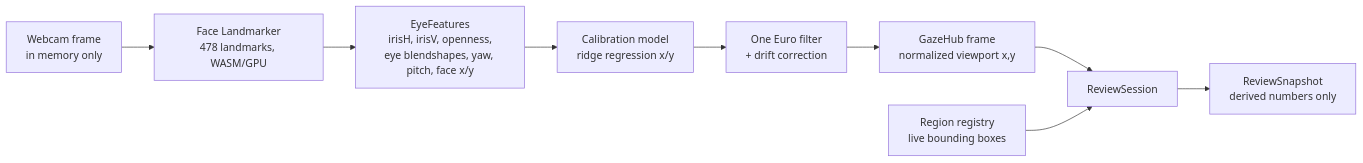
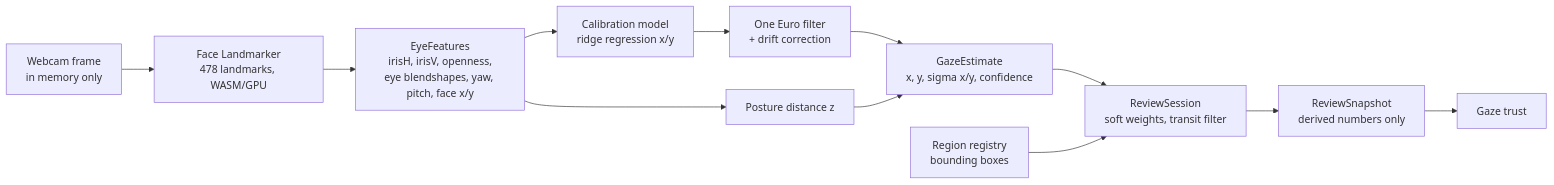
The second of 4 diagrams in docs/ARCHITECTURE.md (bilal-feroz/OverSight), drawn with Mermaid before and after one commit. The commit also changed other lines of this file and 12 other files, not shown here.

````diff
--- a/docs/ARCHITECTURE.md
+++ b/docs/ARCHITECTURE.md
@@ -55,11 +63,13 @@
 ```mermaid
 flowchart LR
   CAM[Webcam frame<br/>in memory only] --> FL[Face Landmarker<br/>478 landmarks, WASM/GPU]
   FL --> FE[EyeFeatures<br/>irisH, irisV, openness,<br/>eye blendshapes, yaw, pitch, face x/y]
   FE --> CAL[Calibration model<br/>ridge regression x/y]
   CAL --> OE[One Euro filter<br/>+ drift correction]
-  OE --> HUB[GazeHub frame<br/>normalized viewport x,y]
-  HUB --> TR[ReviewSession]
-  REG[Region registry<br/>live bounding boxes] --> TR
+  OE --> EST[GazeEstimate<br/>x, y, sigma x/y, confidence]
+  FE --> PZ[Posture distance z] --> EST
+  EST --> TR[ReviewSession<br/>soft weights, transit filter]
+  REG[Region registry<br/>bounding boxes] --> TR
   TR --> SNAP[ReviewSnapshot<br/>derived numbers only]
+  SNAP --> TRUST[Gaze trust]
 ```
````
